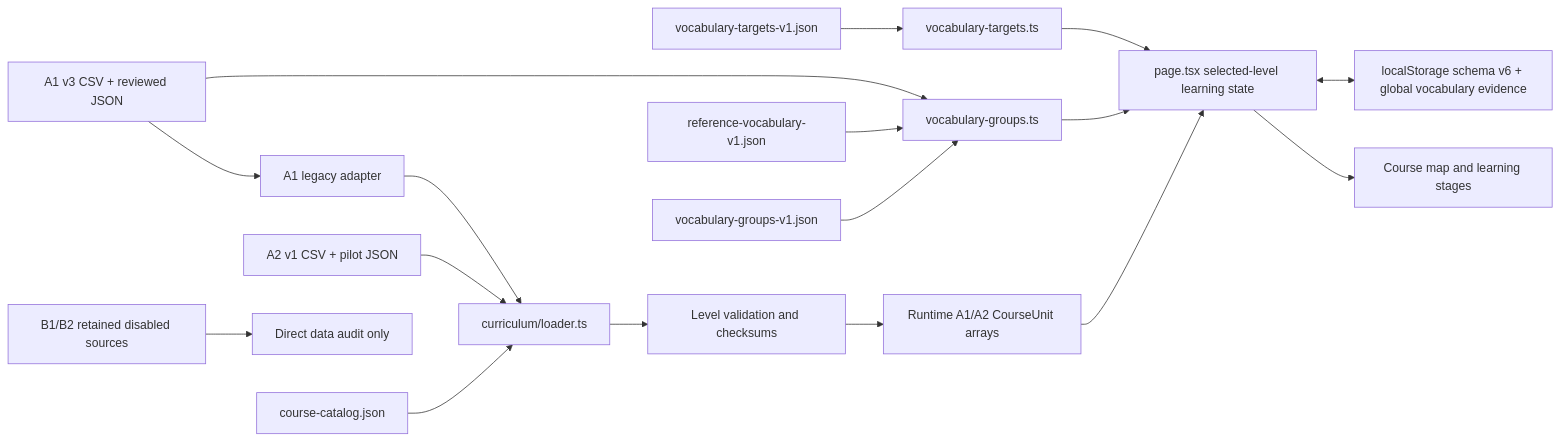
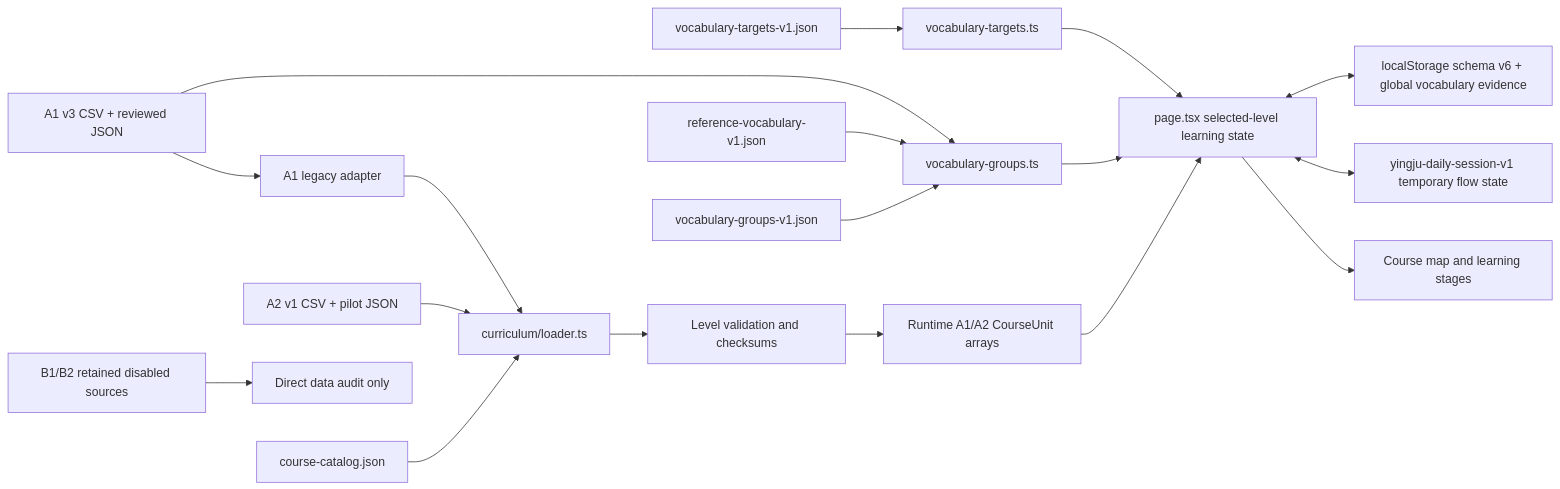
The first of 2 diagrams in ARCHITECTURE.md (ej04520yjo4/EnglishWeb), drawn with Mermaid before and after one commit. The commit also changed other lines of this file and 7 other files, not shown here.

````diff
--- a/ARCHITECTURE.md
+++ b/ARCHITECTURE.md
@@ -9,19 +9,20 @@
 ```mermaid
 flowchart LR
   Catalog["course-catalog.json"] --> LevelLoader["curriculum/loader.ts"]
   A1["A1 v3 CSV + reviewed JSON"] --> Adapter["A1 legacy adapter"]
   A2["A2 v1 CSV + pilot JSON"] --> LevelLoader
   Disabled["B1/B2 retained disabled sources"] --> Audit["Direct data audit only"]
   Groups["vocabulary-groups-v1.json"] --> Vocabulary["vocabulary-groups.ts"]
   Reference["reference-vocabulary-v1.json"] --> Vocabulary
   Targets["vocabulary-targets-v1.json"] --> TargetModule["vocabulary-targets.ts"]
   A1 --> Vocabulary
   Adapter --> LevelLoader
   LevelLoader --> Validate["Level validation and checksums"]
   Validate --> Units["Runtime A1/A2 CourseUnit arrays"]
   Units --> Page["page.tsx selected-level learning state"]
   Vocabulary --> Page
   TargetModule --> Page
   Page <--> Storage["localStorage schema v6 + global vocabulary evidence"]
+  Page <--> DailyStorage["yingju-daily-session-v1 temporary flow state"]
   Page --> UI["Course map and learning stages"]
 ```
````
